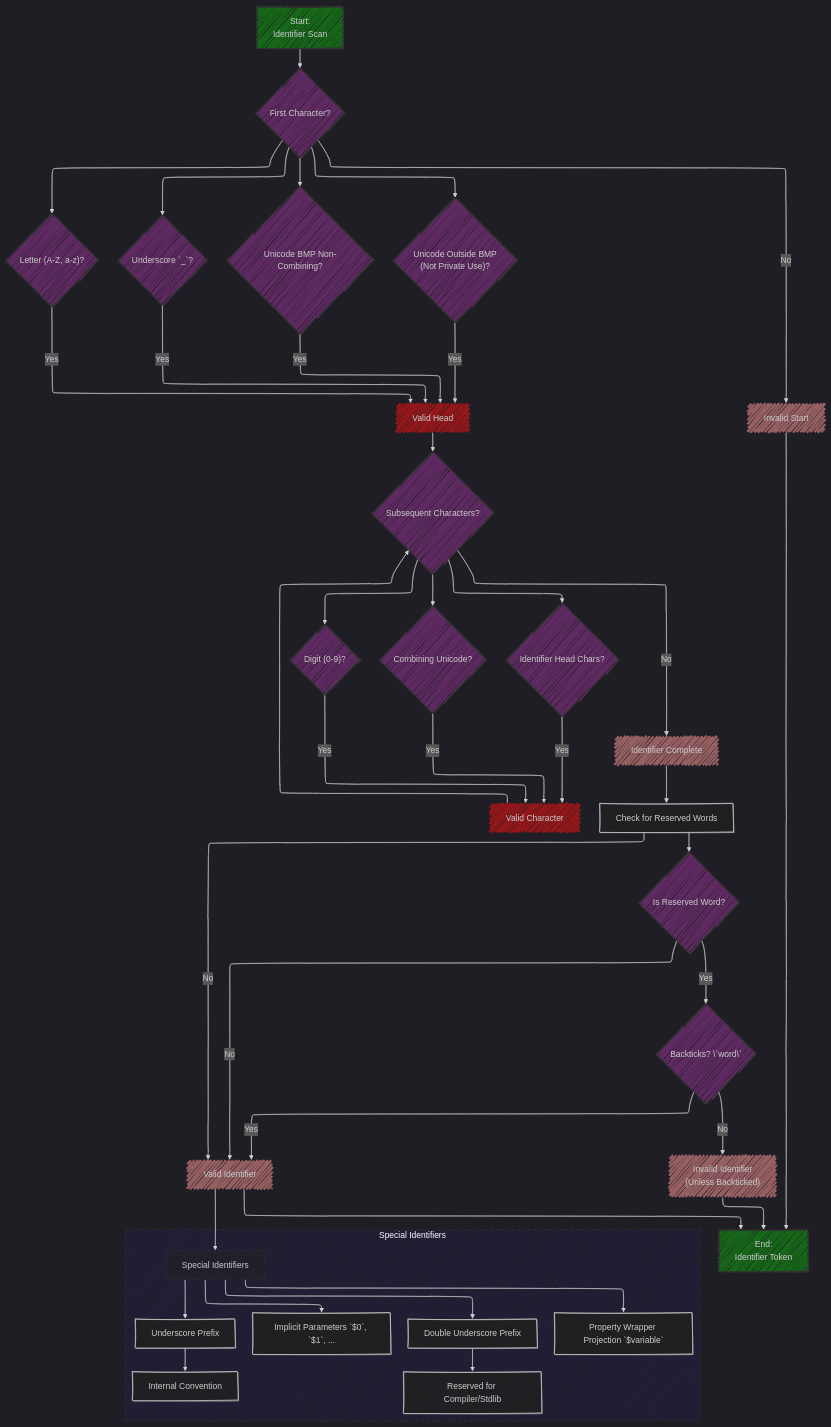
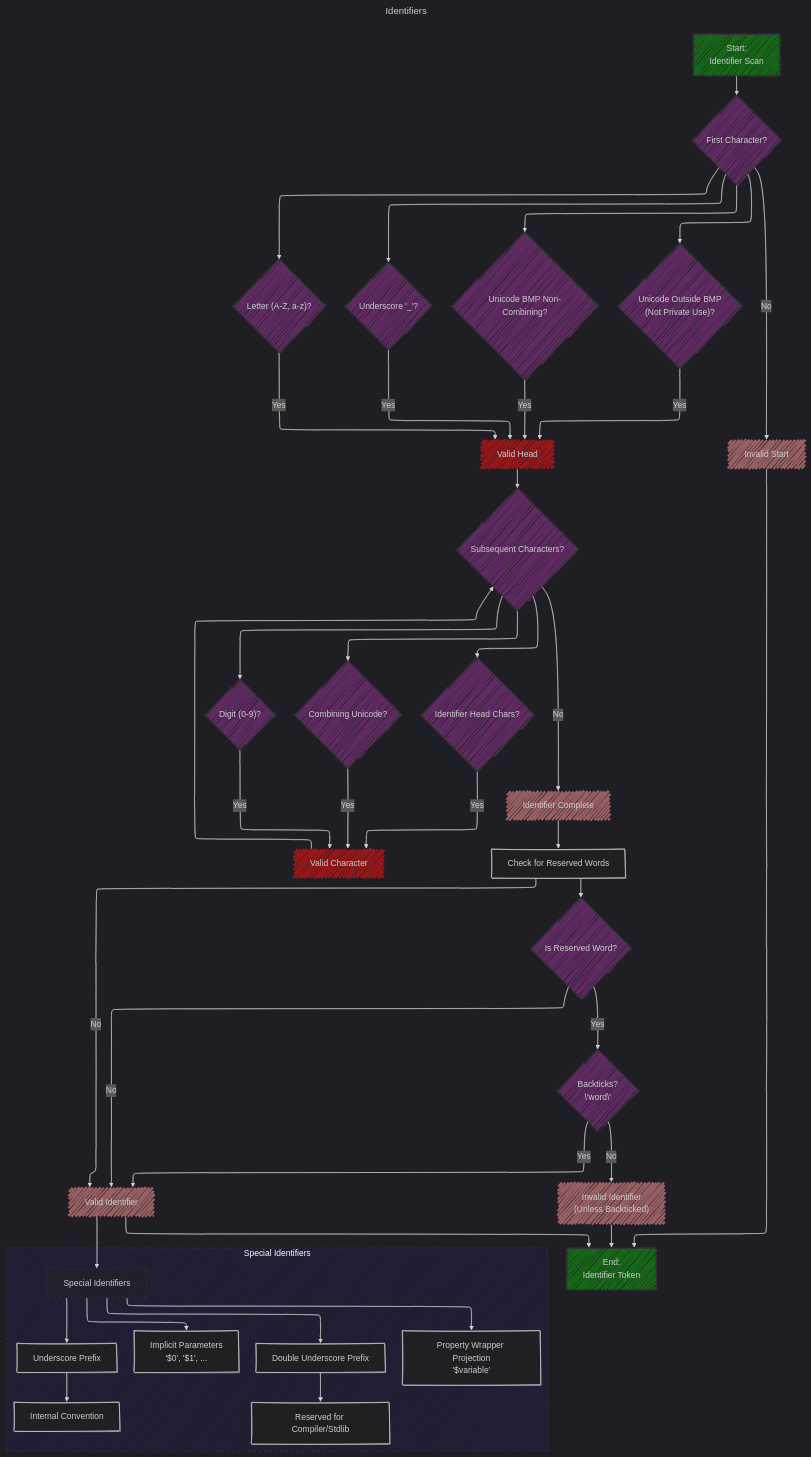
Before and after one commit to CongLeSolutionX/iOS-development-vault: the third of 7 diagrams in Swift_book/Lexical_Structure_V1.md, drawn with Mermaid. The commit also changed other lines of this file and 1 other file, not shown here.

````diff
--- a/Swift_book/Lexical_Structure_V1.md
+++ b/Swift_book/Lexical_Structure_V1.md
@@ -163,5 +164,6 @@
 ```mermaid
 ---
+title: Identifiers
 config:
   layout: elk
   look: handDrawn
@@ -171,7 +173,7 @@
     A["Start:<br>Identifier Scan"];
     B{"First Character?"};
     C{"Letter (A-Z, a-z)?"};
-    D{"Underscore `_`?"};
+    D{"Underscore '_'?"};
     E{"Unicode BMP Non-Combining?"};
     F{"Unicode Outside BMP<br>(Not Private Use)?"};
     G["Valid Head"];
@@ -190,7 +192,7 @@
     O["Check for Reserved Words"];
     
     P{"Is Reserved Word?"};
-    Q{"Backticks? \`word\`"};
+    Q{"Backticks?<br>\'word\'"};
     
     S["Valid Identifier"];
     
@@ -203,8 +205,8 @@
     SIA1["Internal Convention"];
     SIB["Double Underscore Prefix"];
     SIB1["Reserved for Compiler/Stdlib"];
-    SIC["Implicit Parameters `$0`, `$1`, ..."];
-    SID["Property Wrapper Projection `$variable`"];
+    SIC["Implicit Parameters<br>'$0', '$1', ..."];
+    SID["Property Wrapper Projection<br>'$variable'"];
     
     A --> B
     B --> C
````
